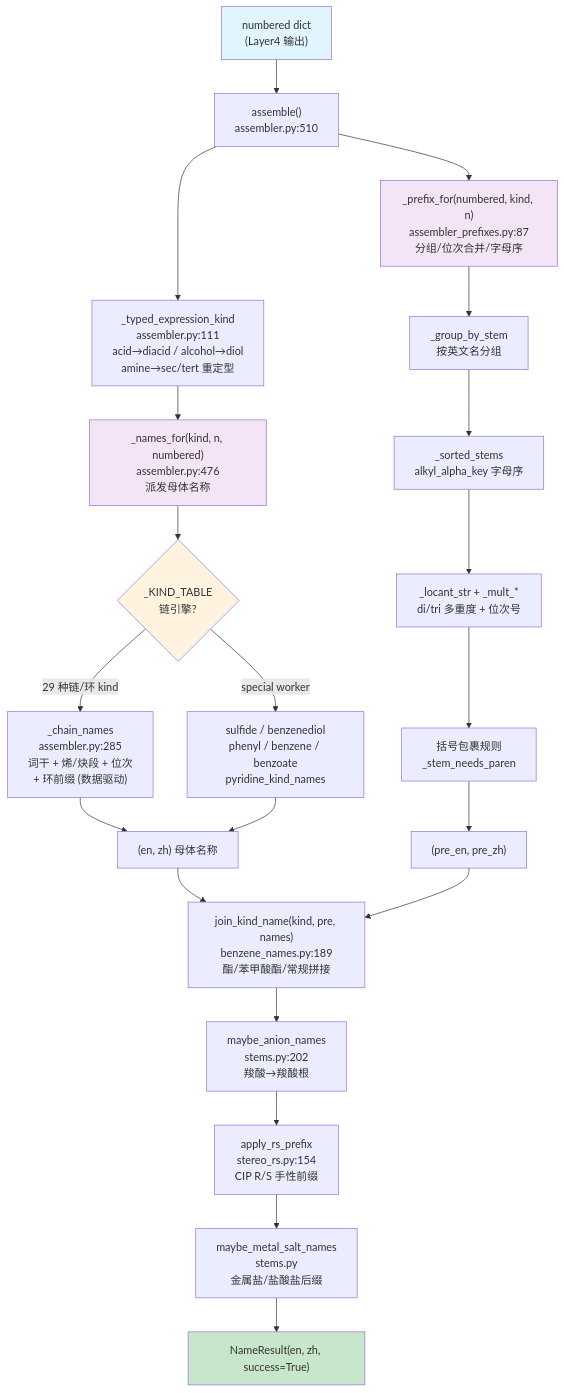
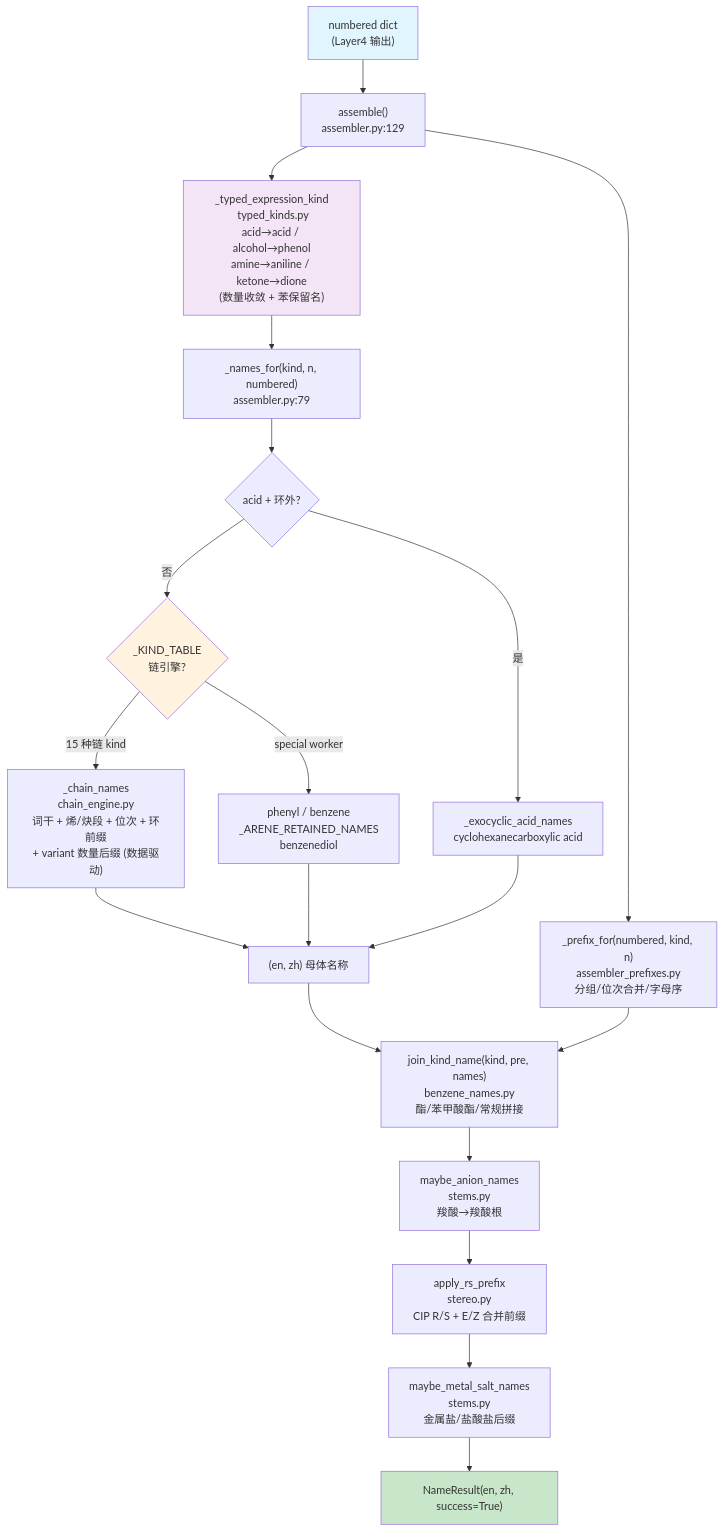
One commit to zouxiaofei1/OpenSMILES changed the diagram in docs/wiki/architecture/layer5-name-assembly.md. Above: the diagram before and after it, drawn with Mermaid. The commit also changed other lines of this file and 20 other files, not shown here.

````diff
--- a/docs/wiki/architecture/layer5-name-assembly.md
+++ b/docs/wiki/architecture/layer5-name-assembly.md
@@ -265,41 +218,33 @@
 ```mermaid
 flowchart TD
-    NUMBERED["numbered dict\n(Layer4 输出)"] --> ASSEMBLE["assemble()\nassembler.py:510"]
+    NUMBERED["numbered dict\n(Layer4 输出)"] --> ASSEMBLE["assemble()\nassembler.py:129"]
 
-    ASSEMBLE --> TYPED["_typed_expression_kind\nassembler.py:111\nacid→diacid / alcohol→diol\namine→sec/tert 重定型"]
+    ASSEMBLE --> TYPED["_typed_expression_kind\n typed_kinds.py\nacid→acid / alcohol→phenol\namine→aniline / ketone→dione\n(数量收敛 + 苯保留名)"]
 
-    TYPED --> NAMES_FOR["_names_for(kind, n, numbered)\nassembler.py:476\n派发母体名称"]
+    TYPED --> NAMES_FOR["_names_for(kind, n, numbered)\nassembler.py:79"]
 
-    NAMES_FOR --> CHAIN{"_KIND_TABLE\n链引擎?"}
-    CHAIN -->|"29 种链/环 kind"| ENG["_chain_names\nassembler.py:285\n词干 + 烯/炔段 + 位次\n+ 环前缀 (数据驱动)"]
-    CHAIN -->|"special worker"| WORKER["sulfide / benzenediol\nphenyl / benzene / benzoate\npyridine_kind_names"]
+    NAMES_FOR --> EXO{"acid + 环外?"}
+    EXO -->|"是"| EXONAME["_exocyclic_acid_names\ncyclohexanecarboxylic acid"]
+    EXO -->|"否"| CHAIN{"_KIND_TABLE\n链引擎?"}
+    CHAIN -->|"15 种链 kind"| ENG["_chain_names\nchain_engine.py\n词干 + 烯/炔段 + 位次 + 环前缀\n+ variant 数量后缀 (数据驱动)"]
+    CHAIN -->|"special worker"| WORKER["phenyl / benzene\n_ARENE_RETAINED_NAMES\nbenzenediol"]
 
     ENG --> PARENT_NAME["(en, zh) 母体名称"]
     WORKER --> PARENT_NAME
+    EXONAME --> PARENT_NAME
 
-    ASSEMBLE --> PREFIX["_prefix_for(numbered, kind, n)\nassembler_prefixes.py:87\n分组/位次合并/字母序"]
+    ASSEMBLE --> PREFIX["_prefix_for(numbered, kind, n)\nassembler_prefixes.py\n分组/位次合并/字母序"]
 
-    PREFIX --> GROUP["_group_by_stem\n按英文名分组"]
-    GROUP --> SORT["_sorted_stems\nalkyl_alpha_key 字母序"]
-    SORT --> LOCANT["_locant_str + _mult_*\ndi/tri 多重度 + 位次号"]
-    LOCANT --> PAREN["括号包裹规则\n_stem_needs_paren"]
-    PAREN --> PREF_PAIR["(pre_en, pre_zh)"]
+    PARENT_NAME --> JOIN["join_kind_name(kind, pre, names)\nbenzene_names.py\n酯/苯甲酸酯/常规拼接"]
+    PREFIX --> JOIN
 
-    PARENT_NAME --> JOIN["join_kind_name(kind, pre, names)\nbenzene_names.py:189\n酯/苯甲酸酯/常规拼接"]
-
-    PREF_PAIR --> JOIN
-
-    JOIN --> ANION["maybe_anion_names\nstems.py:202\n羧酸→羧酸根"]
-
-    ANION --> RS["apply_rs_prefix\nstereo_rs.py:154\nCIP R/S 手性前缀"]
-
+    JOIN --> ANION["maybe_anion_names\nstems.py\n羧酸→羧酸根"]
+    ANION --> RS["apply_rs_prefix\nstereo.py\nCIP R/S + E/Z 合并前缀"]
     RS --> SALT["maybe_metal_salt_names\nstems.py\n金属盐/盐酸盐后缀"]
-
     SALT --> RESULT["NameResult(en, zh, success=True)"]
 
     style NUMBERED fill:#e1f5fe
     style RESULT fill:#c8e6c9
     style CHAIN fill:#fff3e0
-    style NAMES_FOR fill:#f3e5f5
-    style PREFIX fill:#f3e5f5
+    style TYPED fill:#f3e5f5
 ```
````
